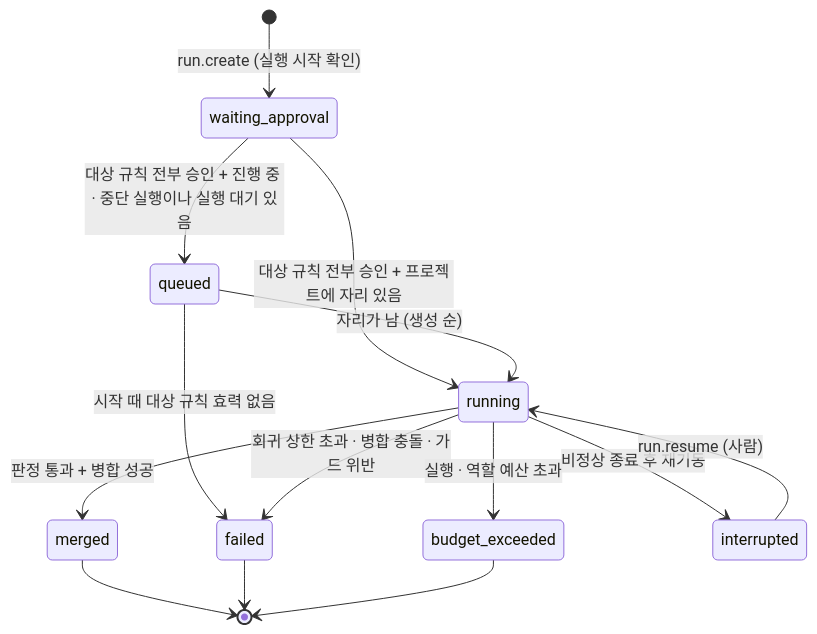
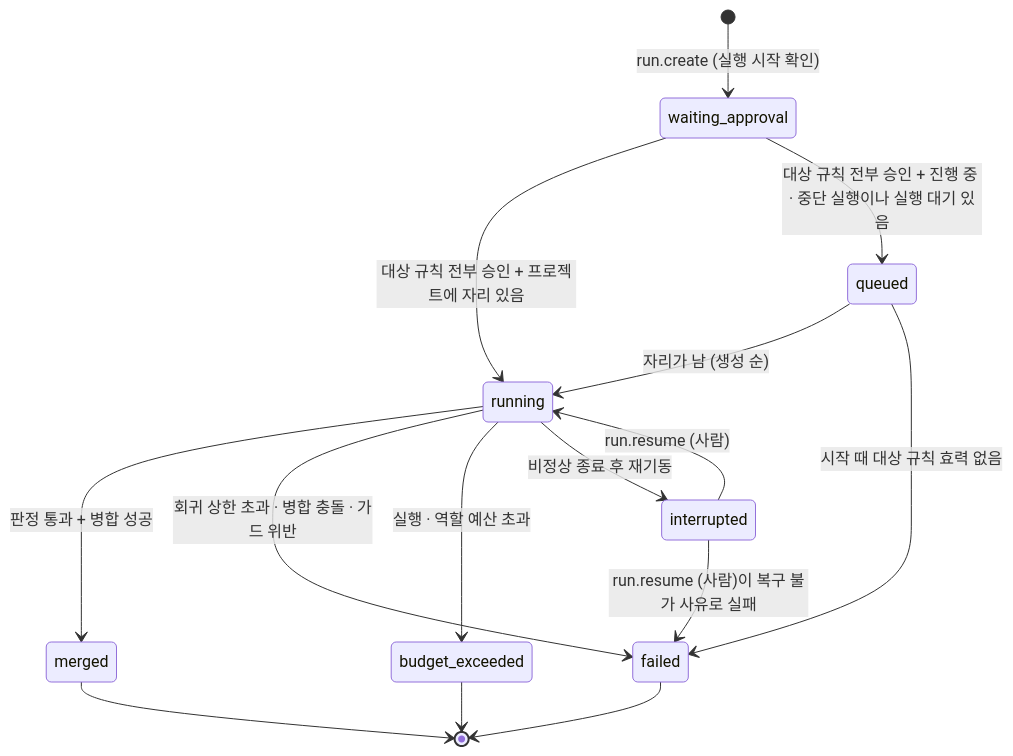
Before and after one commit to chanrhan/bive: the second of 2 diagrams in docs/architecture.md, drawn with Mermaid. The commit also changed other lines of this file and 23 other files, not shown here.

````diff
--- a/docs/architecture.md
+++ b/docs/architecture.md
@@ -180,16 +180,17 @@
 ```mermaid
 stateDiagram-v2
   [*] --> waiting_approval: run.create (실행 시작 확인)
   waiting_approval --> running: 대상 규칙 전부 승인 + 프로젝트에 자리 있음
   waiting_approval --> queued: 대상 규칙 전부 승인 + 진행 중 · 중단 실행이나 실행 대기 있음
   queued --> running: 자리가 남 (생성 순)
   queued --> failed: 시작 때 대상 규칙 효력 없음
   running --> merged: 판정 통과 + 병합 성공
   running --> failed: 회귀 상한 초과 · 병합 충돌 · 가드 위반
   running --> budget_exceeded: 실행 · 역할 예산 초과
   running --> interrupted: 비정상 종료 후 재기동
   interrupted --> running: run.resume (사람)
+  interrupted --> failed: run.resume (사람)이 복구 불가 사유로 실패
   merged --> [*]
   failed --> [*]
   budget_exceeded --> [*]
 ```
````
